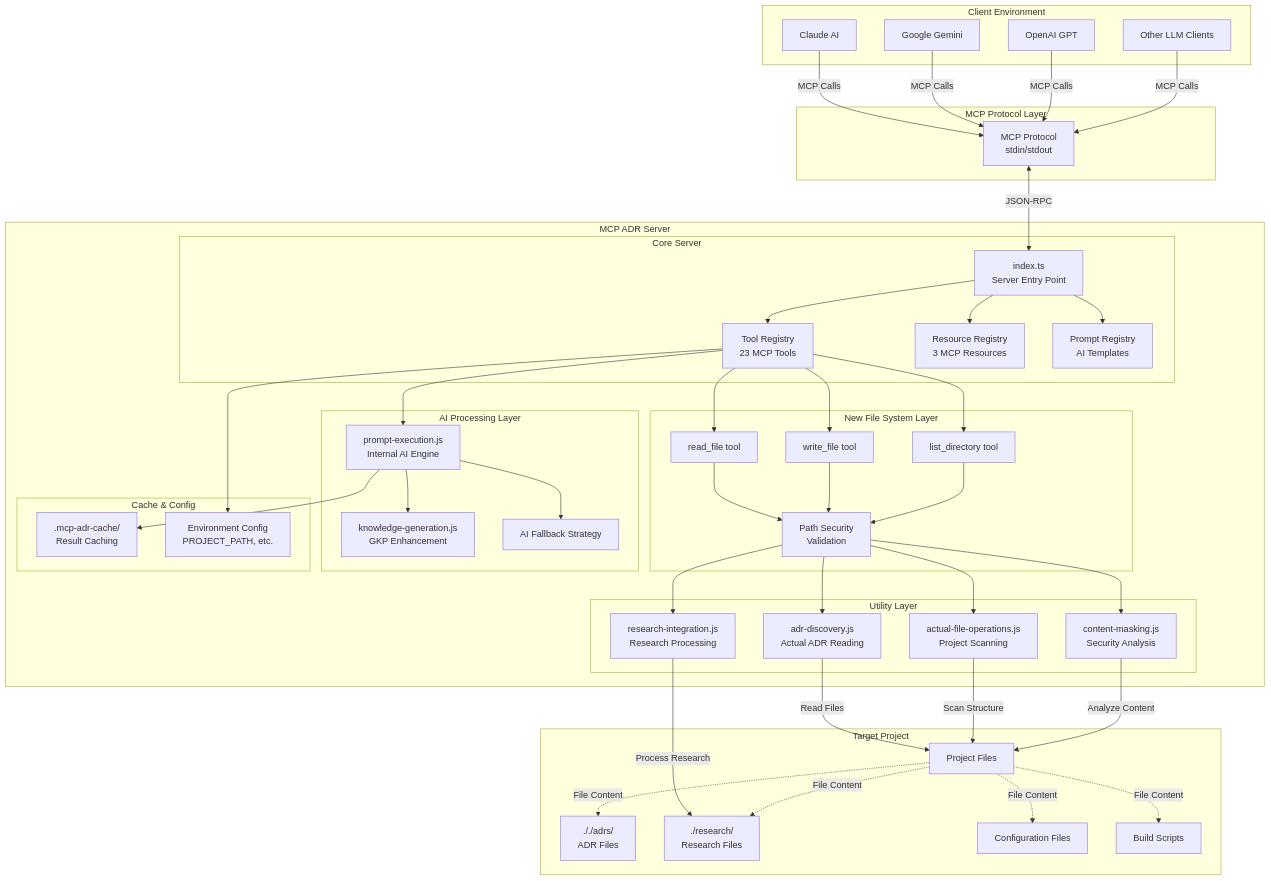
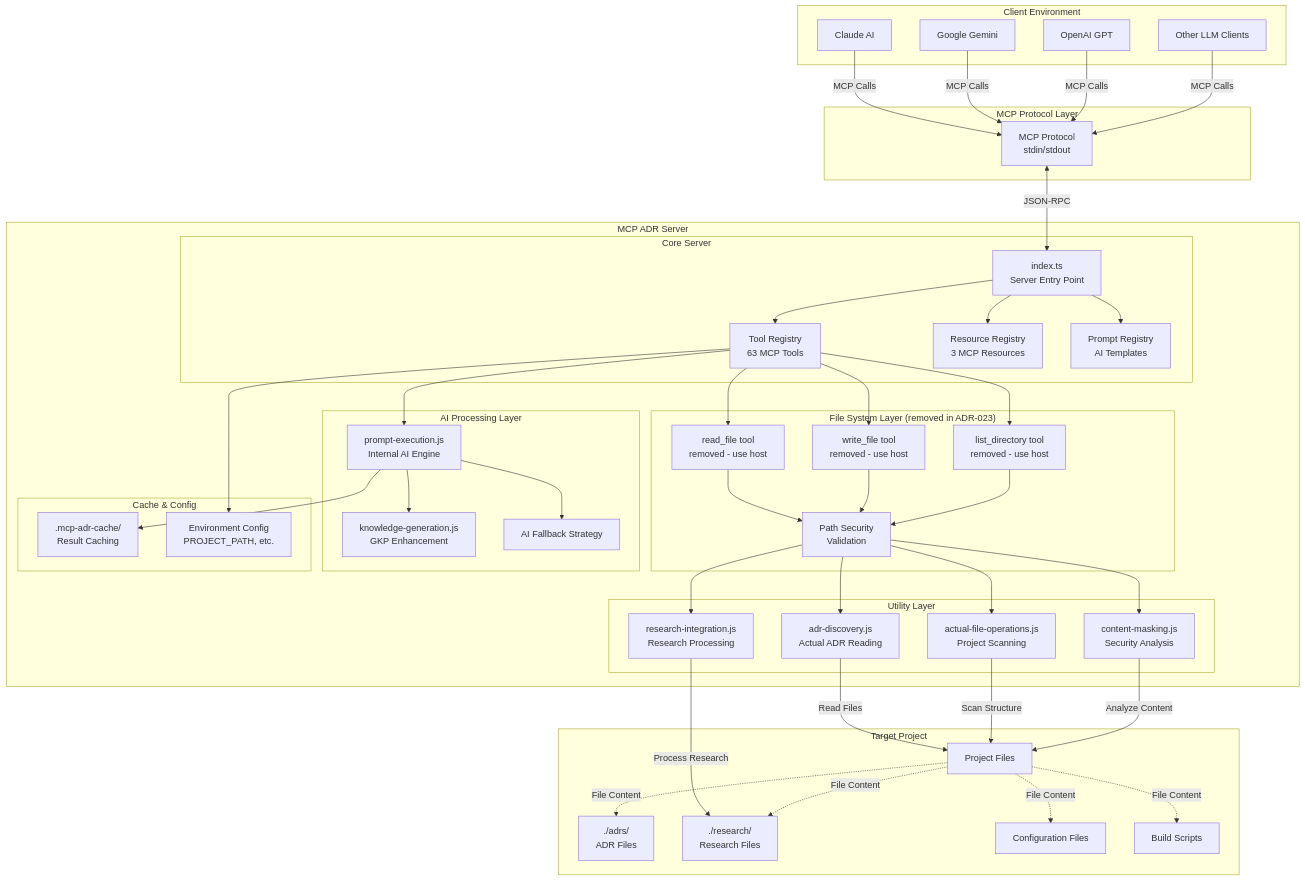
One commit to tosin2013/mcp-adr-analysis-server changed the first of 3 diagrams in docs/explanation/server-architecture.md. Above: the diagram before and after it, drawn with Mermaid. The commit also changed other lines of this file and 49 other files, not shown here.

```diff
--- a/docs/explanation/server-architecture.md
+++ b/docs/explanation/server-architecture.md
@@ -22,15 +22,15 @@
     subgraph "MCP ADR Server"
         subgraph "Core Server"
             Index[index.ts<br/>Server Entry Point]
-            Tools[Tool Registry<br/>23 MCP Tools]
+            Tools[Tool Registry<br/>63 MCP Tools]
             Resources[Resource Registry<br/>3 MCP Resources]
             Prompts[Prompt Registry<br/>AI Templates]
         end
 
-        subgraph "New File System Layer"
-            ReadFile[read_file tool]
-            WriteFile[write_file tool]
-            ListDir[list_directory tool]
+        subgraph "File System Layer (removed in ADR-023)"
+            ReadFile[read_file tool<br/>removed - use host]
+            WriteFile[write_file tool<br/>removed - use host]
+            ListDir[list_directory tool<br/>removed - use host]
             Security[Path Security<br/>Validation]
         end
 
@@ -55,7 +55,7 @@
 
     subgraph "Target Project"
         ProjectFiles[Project Files]
-        ADRs[././adrs/<br/>ADR Files]
+        ADRs[./adrs/<br/>ADR Files]
         Research[./research/<br/>Research Files]
         Config2[Configuration Files]
         Scripts[Build Scripts]
```
